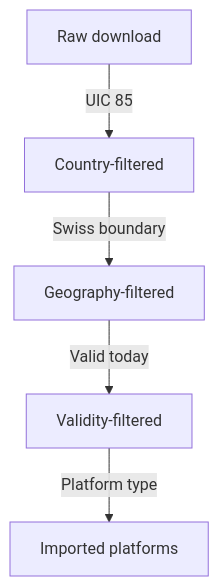
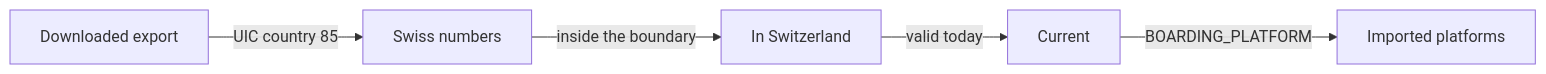
The diagram in documentation/1.1 ATLAS stops.md (openTdataCH/osm-public-transport-matcher), drawn with Mermaid before and after one commit. The commit also changed other lines of this file and 31 other files, not shown here.

````diff
--- a/documentation/1.1 ATLAS stops.md
+++ b/documentation/1.1 ATLAS stops.md
@@ -9,7 +12,7 @@
 ```mermaid
-flowchart TB
-    A["Raw download"] -->|"UIC 85"| B["Country-filtered"]
-    B -->|"Swiss boundary"| C["Geography-filtered"]
-    C -->|"Valid today"| D["Validity-filtered"]
-    D -->|"Platform type"| E["Imported platforms"]
+flowchart LR
+    A["Downloaded export"] -->|"UIC country 85"| B["Swiss numbers"]
+    B -->|"inside the boundary"| C["In Switzerland"]
+    C -->|"valid today"| D["Current"]
+    D -->|"BOARDING_PLATFORM"| E["Imported platforms"]
 ```
````
